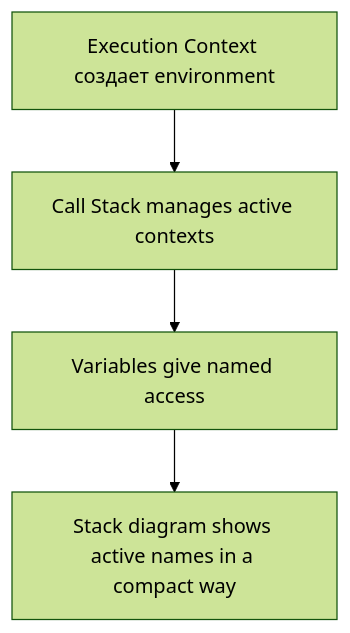
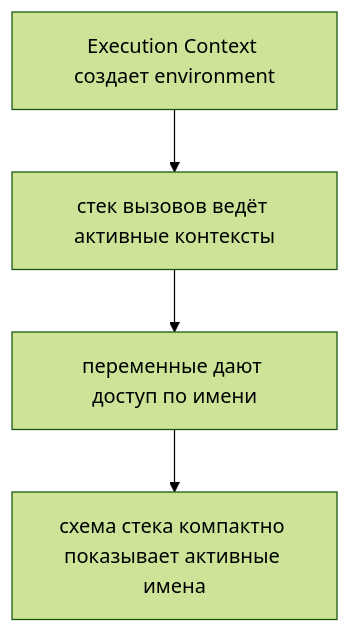
One commit to Bimba333/qa-js-ts-cookbook changed the fifth of 6 diagrams in docs/01-javascript/14-stack-and-heap.md. Above: the diagram before and after it, drawn with Mermaid (forest theme). The commit also changed other lines of this file and 101 other files, not shown here.

````diff
--- a/docs/01-javascript/14-stack-and-heap.md
+++ b/docs/01-javascript/14-stack-and-heap.md
@@ -260,10 +260,10 @@
 ```mermaid
 flowchart TD
     N1["Execution Context создает environment"]
-    N2["Call Stack manages active contexts"]
-    N3["Variables give named access"]
-    N4["Stack diagram shows active names in a compact way"]
+    N2["стек вызовов ведёт активные контексты"]
+    N3["переменные дают доступ по имени"]
+    N4["схема стека компактно показывает активные имена"]
     N1 --> N2
     N2 --> N3
     N3 --> N4
 ```
````
